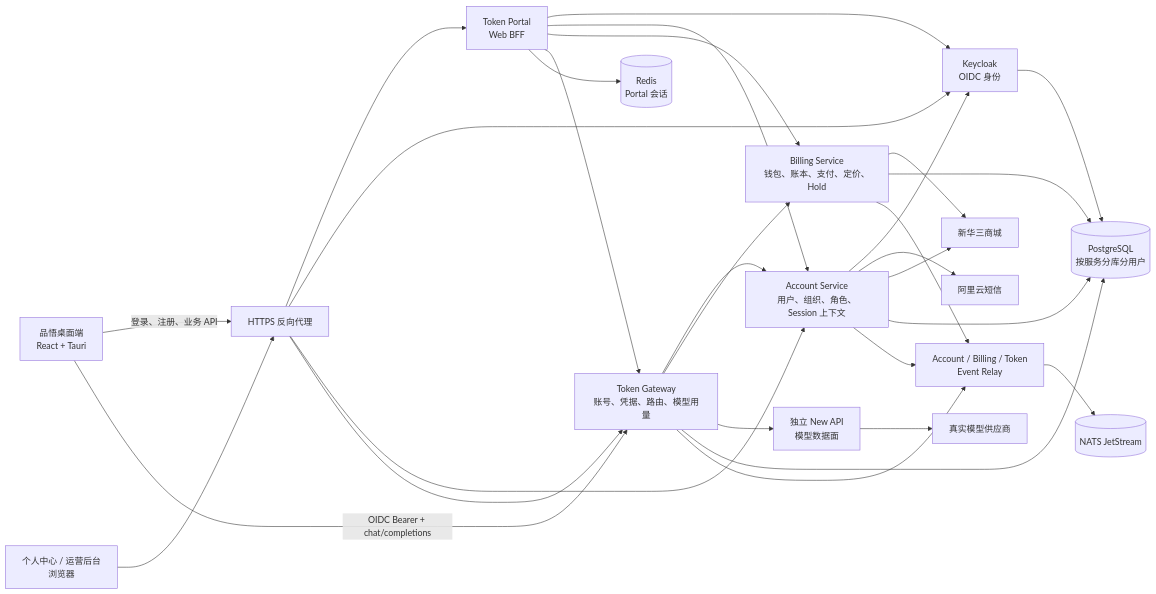
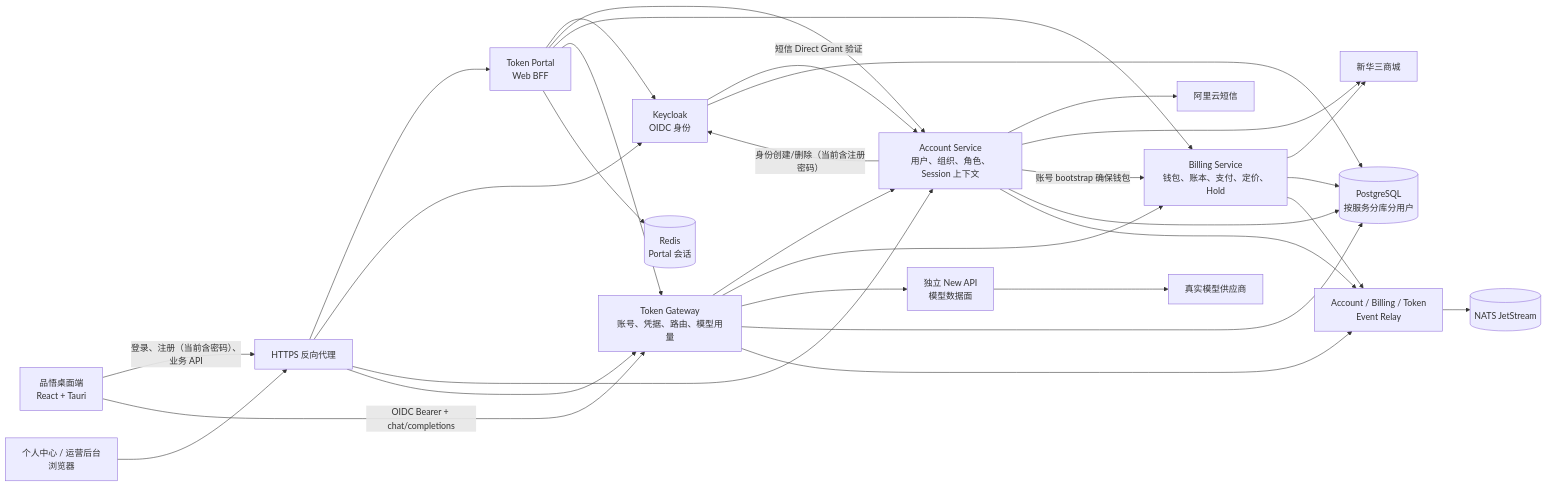
Before and after one commit to Pinvou/CodeWhale: the diagram in account-platform/docs/architecture.md, drawn with Mermaid. The commit also changed other lines of this file and 3 other files, not shown here.

````diff
--- a/account-platform/docs/architecture.md
+++ b/account-platform/docs/architecture.md
@@ -27,48 +29,50 @@
 ```mermaid
 flowchart LR
     Desktop["品悟桌面端\nReact + Tauri"]
     Browser["个人中心 / 运营后台\n浏览器"]
     Proxy["HTTPS 反向代理"]
     Portal["Token Portal\nWeb BFF"]
     KC["Keycloak\nOIDC 身份"]
     Account["Account Service\n用户、组织、角色、Session 上下文"]
     Billing["Billing Service\n钱包、账本、支付、定价、Hold"]
     Gateway["Token Gateway\n账号、凭据、路由、模型用量"]
     NewAPI["独立 New API\n模型数据面"]
     Provider["真实模型供应商"]
     Aliyun["阿里云短信"]
     Mall["新华三商城"]
     PG[("PostgreSQL\n按服务分库分用户")]
     Redis[("Redis\nPortal 会话")]
     NATS[("NATS JetStream")]
     Relays["Account / Billing / Token\nEvent Relay"]
 
-    Desktop -->|"登录、注册、业务 API"| Proxy
+    Desktop -->|"登录、注册（当前含密码）、业务 API"| Proxy
     Browser --> Proxy
     Proxy --> Portal
     Proxy --> KC
     Proxy --> Account
     Proxy --> Gateway
     Portal --> KC
     Portal --> Account
     Portal --> Billing
     Portal --> Gateway
     Desktop -->|"OIDC Bearer + chat/completions"| Gateway
-    Account --> KC
+    Account -->|"身份创建/删除（当前含注册密码）"| KC
+    KC -->|"短信 Direct Grant 验证"| Account
     Account --> Aliyun
     Account --> Mall
+    Account -->|"账号 bootstrap 确保钱包"| Billing
     Gateway --> Account
     Gateway --> Billing
     Gateway --> NewAPI
     NewAPI --> Provider
     Billing --> Mall
     Account --> PG
     Billing --> PG
     Gateway --> PG
     KC --> PG
     Portal --> Redis
     Account --> Relays
     Billing --> Relays
     Gateway --> Relays
     Relays --> NATS
 ```
````
